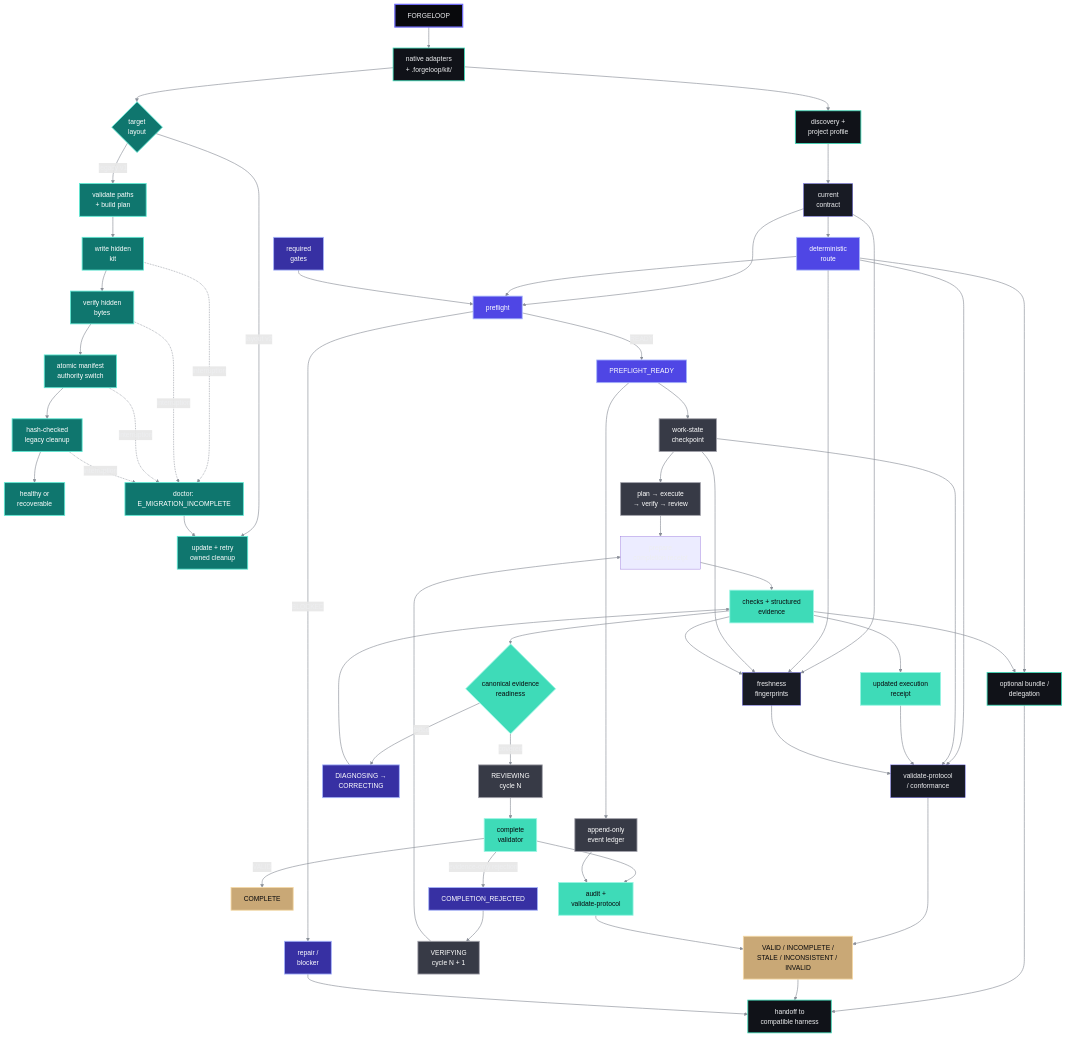
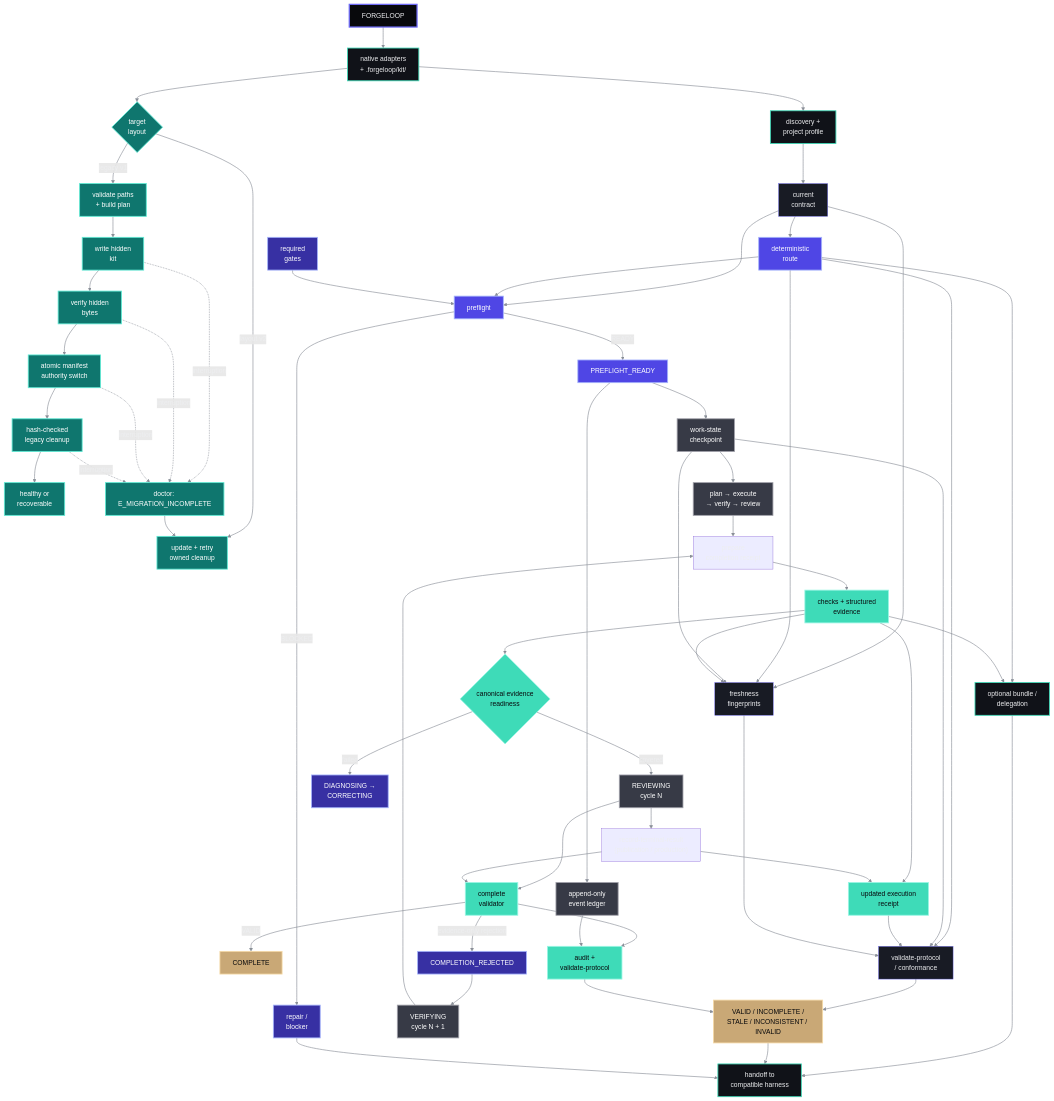
Before and after one commit to cassiomc1/ForgeLoop: the diagram in README.md, drawn with Mermaid. The commit also changed other lines of this file and 15 other files, not shown here.

Commit message:
Harden recovery fingerprints, record-terminal-result, publication precision, and compound child next decisions

```diff
--- a/README.md
+++ b/README.md
@@ -90,13 +90,15 @@
   checks --> readiness{"canonical evidence<br/>readiness"}
   readiness -->|covered| review["REVIEWING<br/>cycle N"]
   readiness -->|failed| diagnose["DIAGNOSING →<br/>CORRECTING"]
-  diagnose --> checks
   review --> complete["complete<br/>validator"]
+  review --> terminal_result["record-terminal-result<br/>(publication / production)"]
+  terminal_result --> complete
   complete -->|VALID| terminal["COMPLETE"]
   complete -->|evidence-only rejection| rejected["COMPLETION_REJECTED"]
   rejected --> cycle["VERIFYING<br/>cycle N + 1"]
   cycle --> prepare
   checks --> receipt["updated execution<br/>receipt"]
+  terminal_result --> receipt
   complete --> audit["audit +<br/>validate-protocol"]
   events --> audit
 
```
